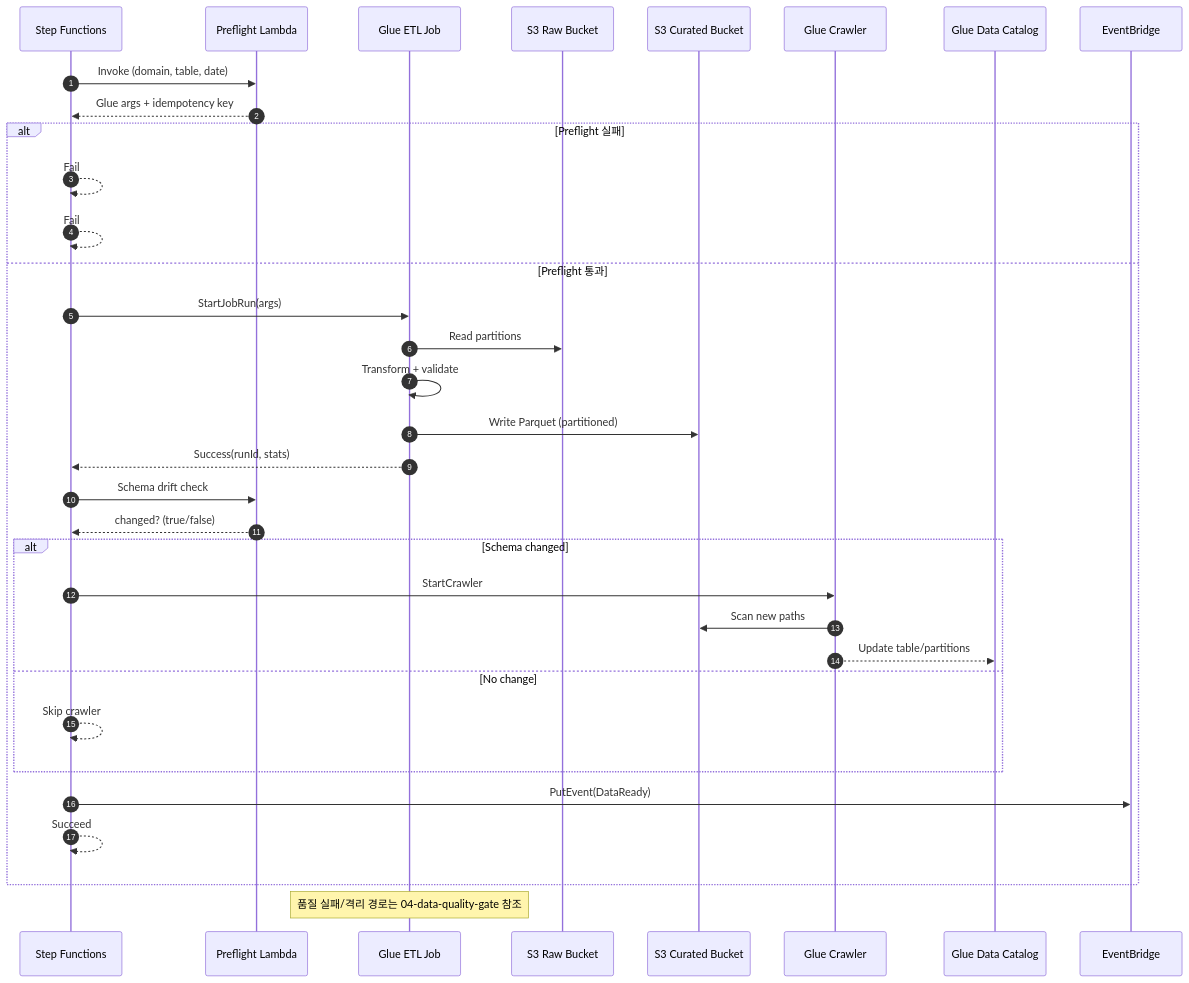
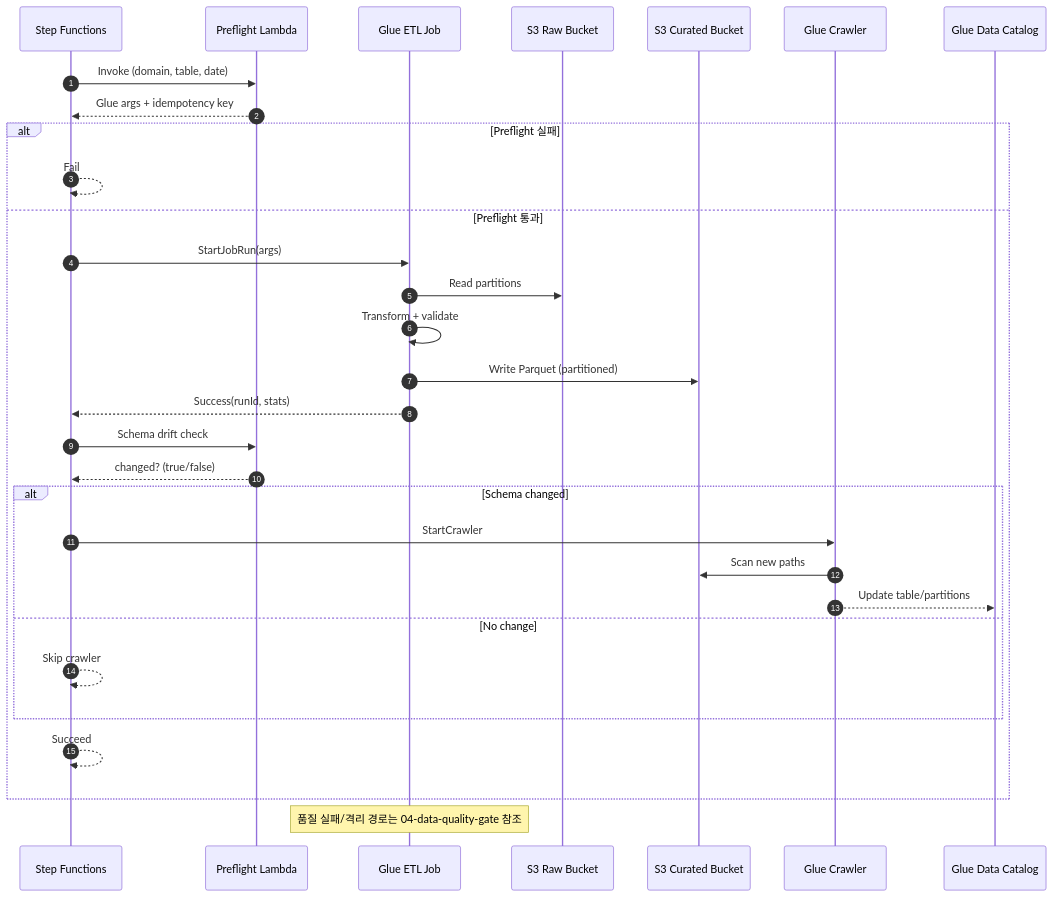
Before and after one commit to keemgdeok/fin-forge-pipeline: the diagram in docs/diagrams/transform/03-sequence.md, drawn with Mermaid. The commit also changed 5 other files, not shown here.

````diff
--- a/docs/diagrams/transform/03-sequence.md
+++ b/docs/diagrams/transform/03-sequence.md
@@ -1,38 +1,36 @@
 ```mermaid
 sequenceDiagram
   autonumber
   participant SF as Step Functions
   participant PRE as Preflight Lambda
   participant GLUE as Glue ETL Job
   participant RAW as S3 Raw Bucket
   participant CUR as S3 Curated Bucket
   participant CR as Glue Crawler
   participant CAT as Glue Data Catalog
-  participant EV as EventBridge
+  
 
   SF->>PRE: Invoke (domain, table, date)
   PRE-->>SF: Glue args + idempotency key
   alt Preflight 실패
-    SF-->>SF: Fail
     SF-->>SF: Fail
   else Preflight 통과
     SF->>GLUE: StartJobRun(args)
     GLUE->>RAW: Read partitions
     GLUE->>GLUE: Transform + validate
     GLUE->>CUR: Write Parquet (partitioned)
     GLUE-->>SF: Success(runId, stats)
     SF->>PRE: Schema drift check
     PRE-->>SF: changed? (true/false)
     alt Schema changed
       SF->>CR: StartCrawler
       CR->>CUR: Scan new paths
       CR-->>CAT: Update table/partitions
     else No change
       SF-->>SF: Skip crawler
     end
-    SF->>EV: PutEvent(DataReady)
     SF-->>SF: Succeed
   end
 
   Note over GLUE: 품질 실패/격리 경로는 04-data-quality-gate 참조
 ```
````
